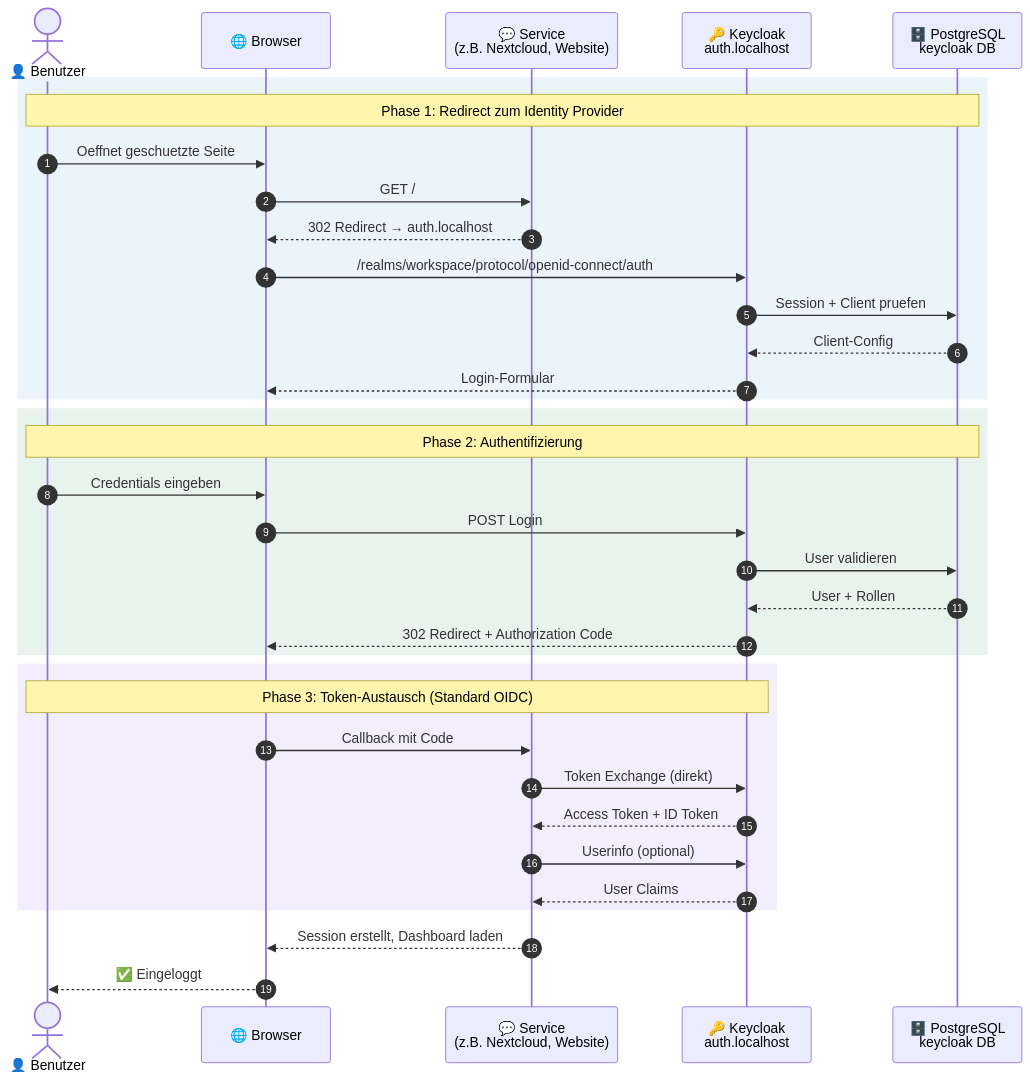
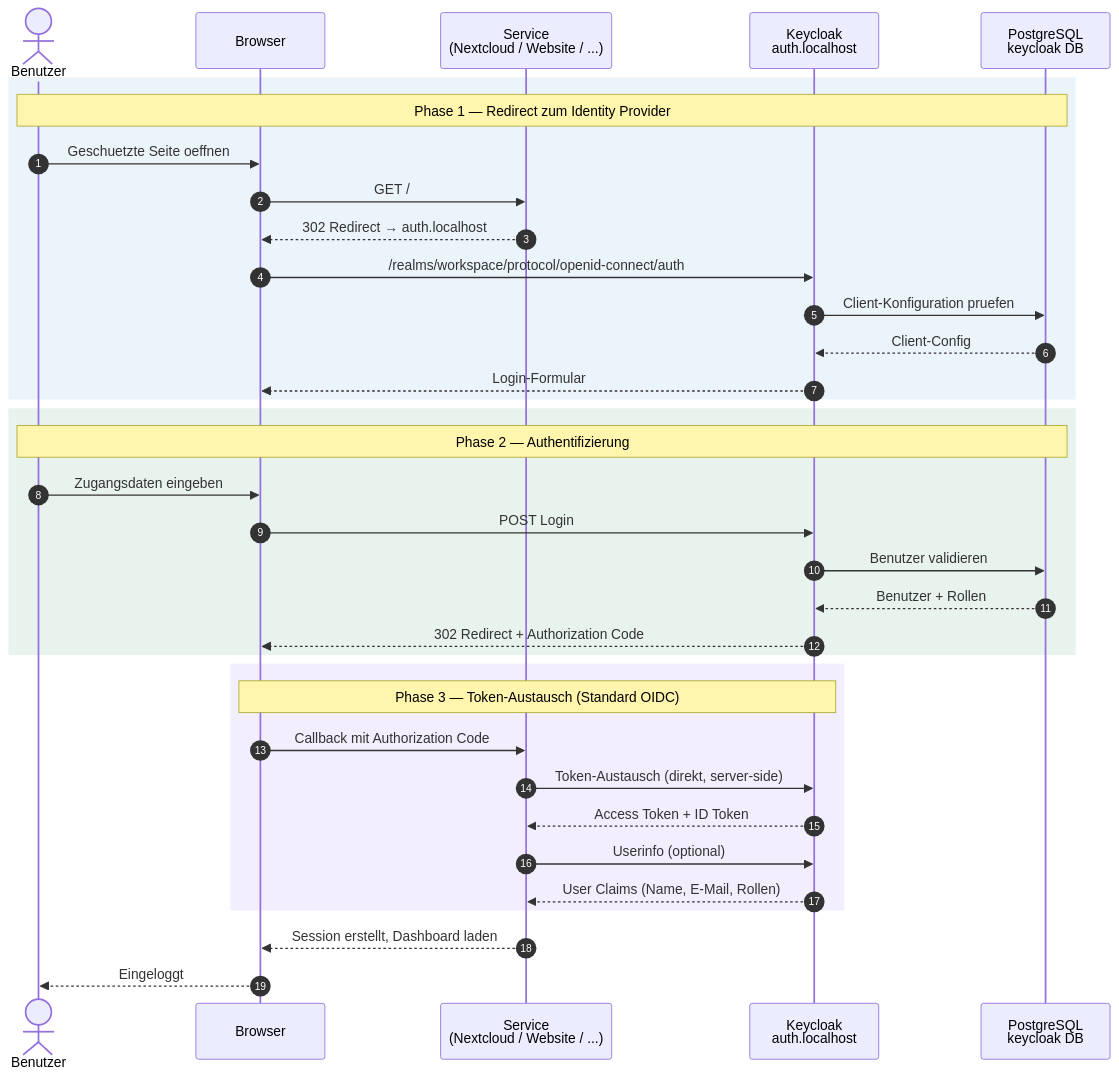
One commit to Paddione/Bachelorprojekt changed the fourth of 5 diagrams in k3d/docs-content/architecture.md. Above: the diagram before and after it, drawn with Mermaid. The commit also changed other lines of this file, not shown here.

First line of the commit message:
docs: rewrite architecture documentation

````diff
--- a/k3d/docs-content/architecture.md
+++ b/k3d/docs-content/architecture.md
@@ -179,42 +330,42 @@
 ```mermaid
 sequenceDiagram
     autonumber
 
-    actor User as 👤 Benutzer
-    participant Browser as 🌐 Browser
-    participant Service as 💬 Service<br/>(z.B. Nextcloud, Website)
-    participant KC as 🔑 Keycloak<br/>auth.localhost
-    participant DB as 🗄️ PostgreSQL<br/>keycloak DB
+    actor User as Benutzer
+    participant Browser as Browser
+    participant Service as Service<br/>(Nextcloud / Website / ...)
+    participant KC as Keycloak<br/>auth.localhost
+    participant DB as PostgreSQL<br/>keycloak DB
 
     rect rgba(74, 144, 217, 0.1)
-        Note over User,DB: Phase 1: Redirect zum Identity Provider
-        User ->> Browser: Oeffnet geschuetzte Seite
+        Note over User,DB: Phase 1 — Redirect zum Identity Provider
+        User ->> Browser: Geschuetzte Seite oeffnen
         Browser ->> Service: GET /
         Service -->> Browser: 302 Redirect → auth.localhost
         Browser ->> KC: /realms/workspace/protocol/openid-connect/auth
-        KC ->> DB: Session + Client pruefen
+        KC ->> DB: Client-Konfiguration pruefen
         DB -->> KC: Client-Config
         KC -->> Browser: Login-Formular
     end
 
     rect rgba(45, 134, 89, 0.1)
-        Note over User,DB: Phase 2: Authentifizierung
-        User ->> Browser: Credentials eingeben
+        Note over User,DB: Phase 2 — Authentifizierung
+        User ->> Browser: Zugangsdaten eingeben
         Browser ->> KC: POST Login
-        KC ->> DB: User validieren
-        DB -->> KC: User + Rollen
+        KC ->> DB: Benutzer validieren
+        DB -->> KC: Benutzer + Rollen
         KC -->> Browser: 302 Redirect + Authorization Code
     end
 
     rect rgba(139, 92, 246, 0.1)
-        Note over User,KC: Phase 3: Token-Austausch (Standard OIDC)
-        Browser ->> Service: Callback mit Code
-        Service ->> KC: Token Exchange (direkt)
+        Note over Browser,KC: Phase 3 — Token-Austausch (Standard OIDC)
+        Browser ->> Service: Callback mit Authorization Code
+        Service ->> KC: Token-Austausch (direkt, server-side)
         KC -->> Service: Access Token + ID Token
         Service ->> KC: Userinfo (optional)
-        KC -->> Service: User Claims
+        KC -->> Service: User Claims (Name, E-Mail, Rollen)
     end
 
     Service -->> Browser: Session erstellt, Dashboard laden
-    Browser -->> User: ✅ Eingeloggt
+    Browser -->> User: Eingeloggt
 ```
````
